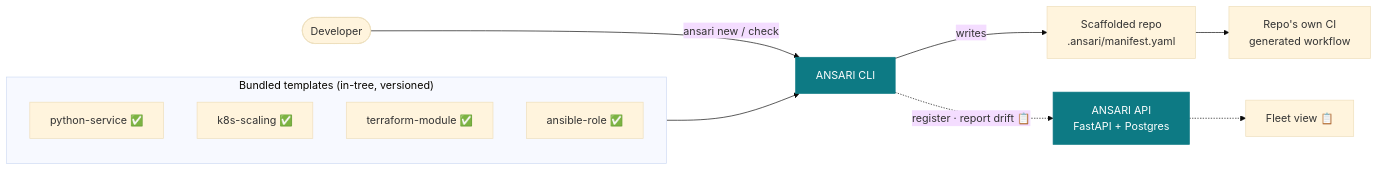
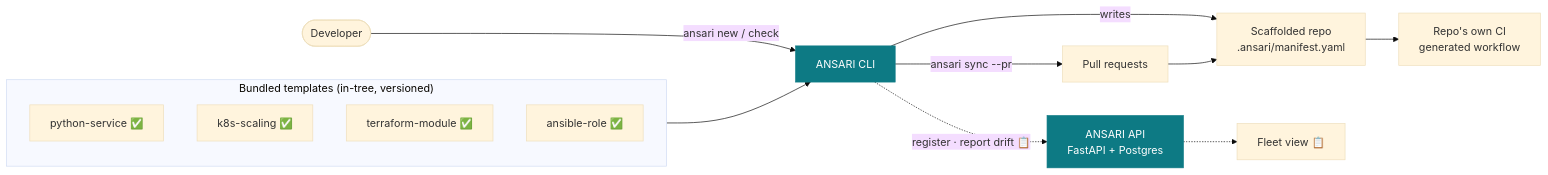
One commit to sameeralam3127/ansari changed the first of 9 diagrams in docs/architecture.md. Above: the diagram before and after it, drawn with Mermaid (base theme). The commit also changed other lines of this file and 15 other files, not shown here.

````diff
--- a/docs/architecture.md
+++ b/docs/architecture.md
@@ -9,21 +9,22 @@
 ```mermaid
 flowchart LR
     dev([Developer]) -->|ansari new / check| cli[ANSARI CLI]
 
     subgraph tpl["Bundled templates (in-tree, versioned)"]
         t1[python-service ✅]
         t2[k8s-scaling ✅]
         t3[terraform-module ✅]
         t4[ansible-role ✅]
     end
 
     tpl --> cli
     cli -->|writes| repo[Scaffolded repo\n.ansari/manifest.yaml]
     repo --> gha[Repo's own CI\ngenerated workflow]
+    cli -->|ansari sync --pr| prs[Pull requests] --> repo
 
     cli -.->|register · report drift 📋| api[ANSARI API\nFastAPI + Postgres]
     api -.-> fleet[Fleet view 📋]
 
     classDef ansari fill:#0d7a84,stroke:#0d7a84,color:#fff
     class cli,api ansari
 ```
````
